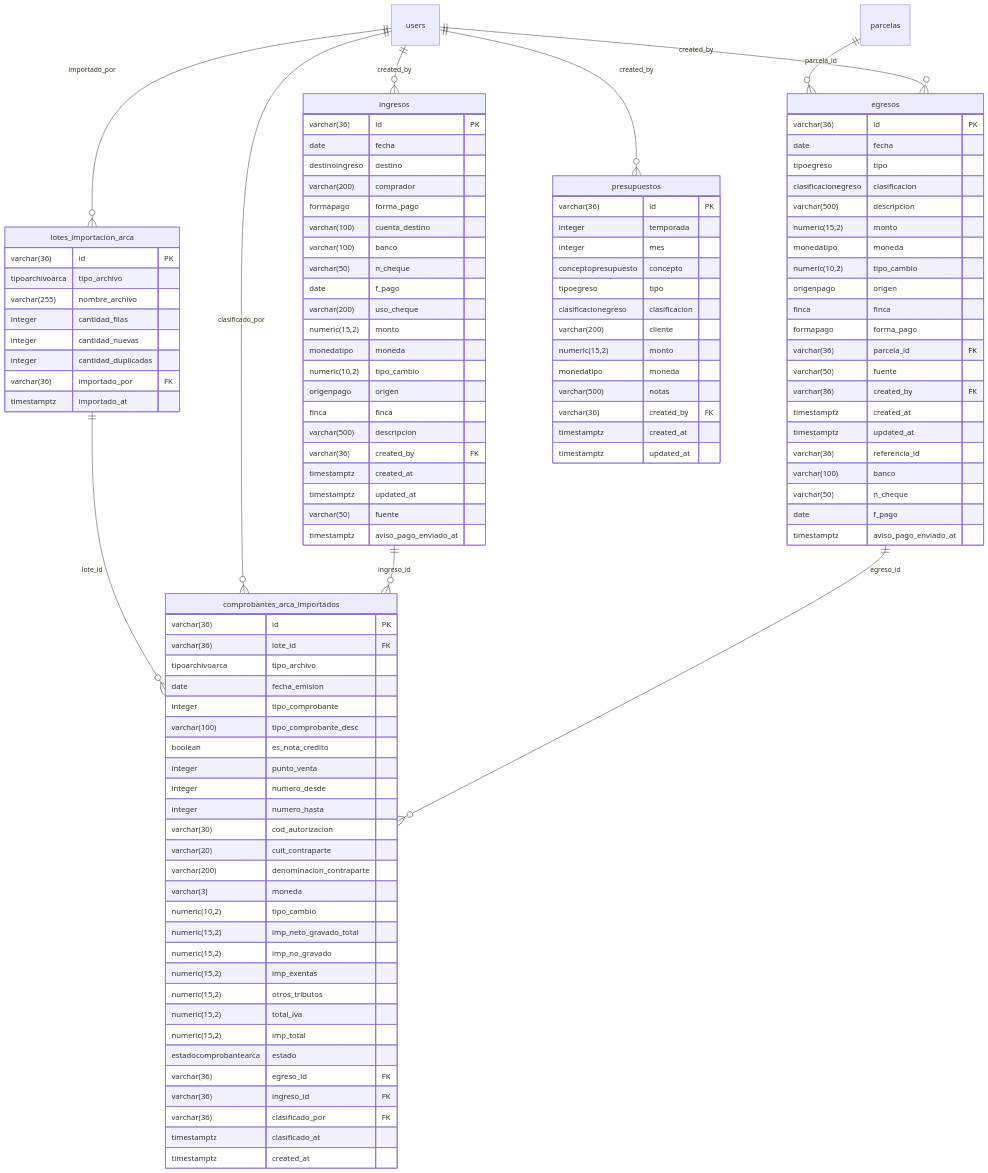
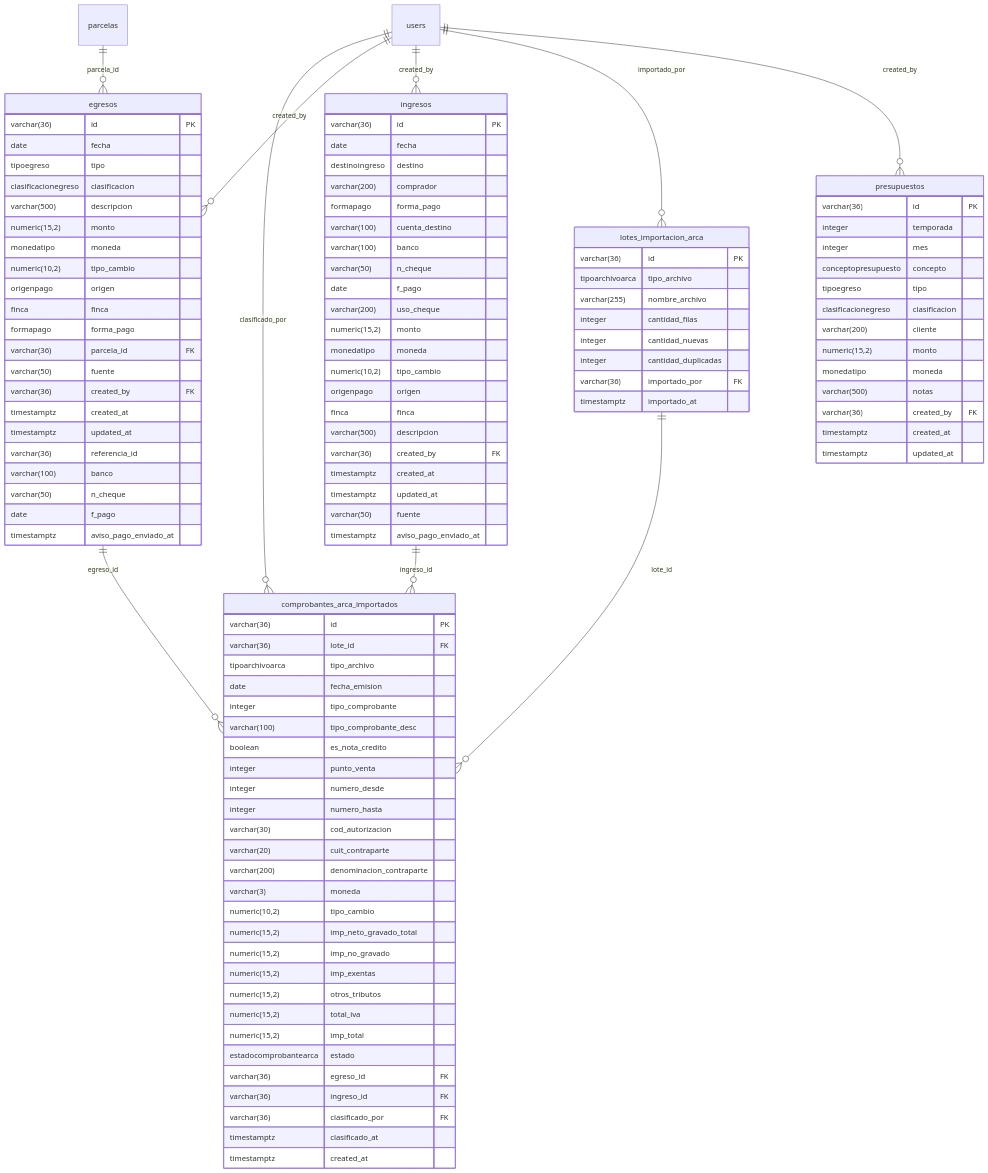
One commit to FaustoYanzon/Proyecto-Gestion-Los-Lirios- changed the sixth of 10 diagrams in docs/sistema/Modelo de Datos.md. Above: the diagram before and after it, drawn with Mermaid. The commit also changed other lines of this file and 1 other file, not shown here.

````diff
--- a/docs/sistema/Modelo de Datos.md
+++ b/docs/sistema/Modelo de Datos.md
@@ -1098,9 +1143,9 @@
 ```mermaid
 erDiagram
+    ingresos ||--o{ comprobantes_arca_importados : "ingreso_id"
+    users ||--o{ comprobantes_arca_importados : "clasificado_por"
+    egresos ||--o{ comprobantes_arca_importados : "egreso_id"
     lotes_importacion_arca ||--o{ comprobantes_arca_importados : "lote_id"
-    users ||--o{ comprobantes_arca_importados : "clasificado_por"
-    ingresos ||--o{ comprobantes_arca_importados : "ingreso_id"
-    egresos ||--o{ comprobantes_arca_importados : "egreso_id"
     parcelas ||--o{ egresos : "parcela_id"
     users ||--o{ egresos : "created_by"
     users ||--o{ ingresos : "created_by"
````
